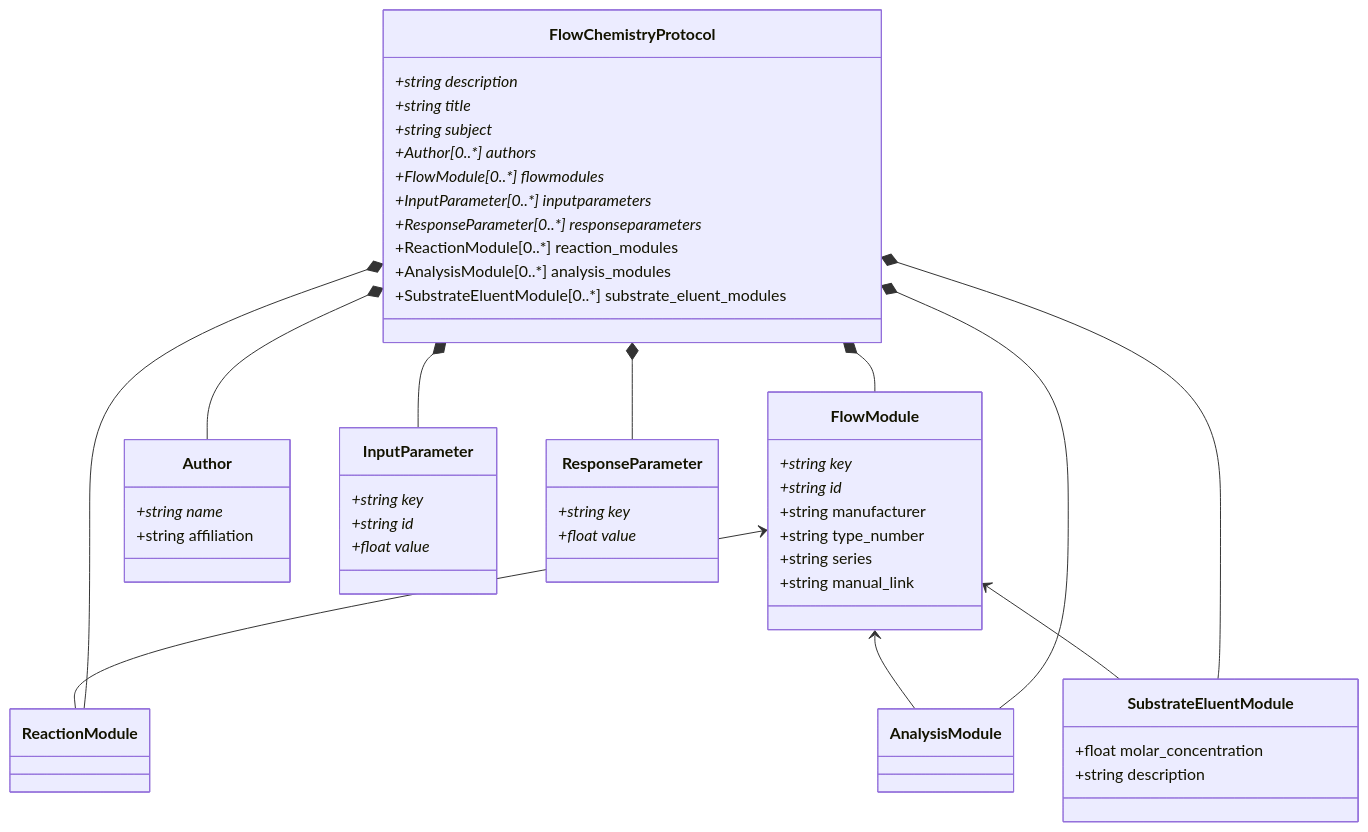
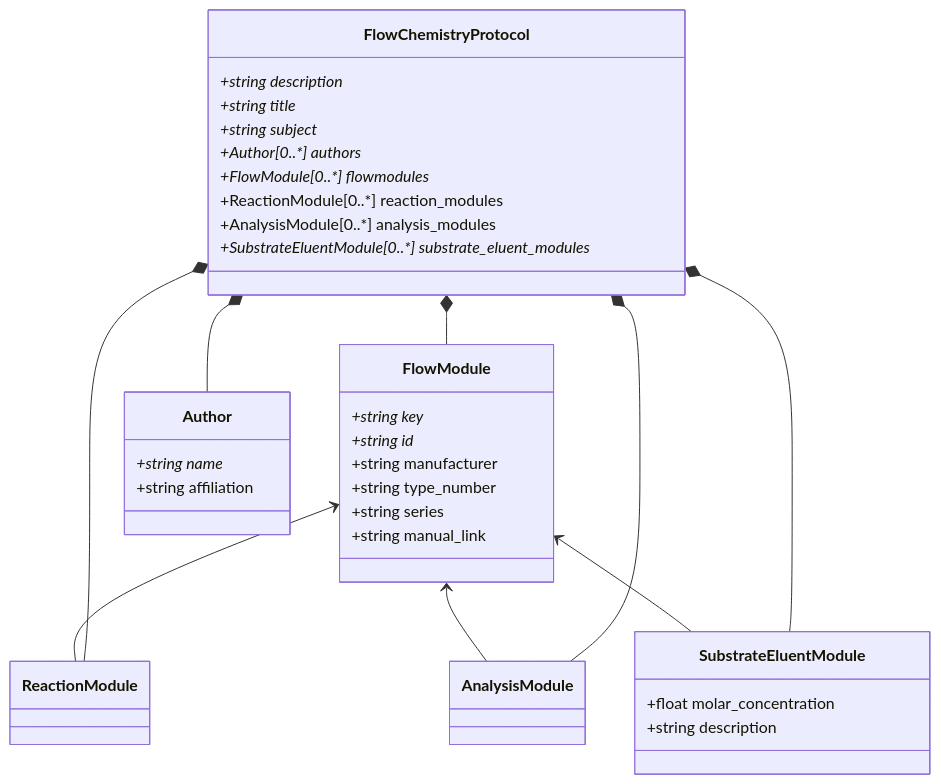
One commit to C-Kessler/sdrdm-flowchem-B2 changed the diagram in pyDataset/schemes/Dataset.md. Above: the diagram before and after it, drawn with Mermaid. The commit also changed 3 other files, not shown here.

````diff
--- a/pyDataset/schemes/Dataset.md
+++ b/pyDataset/schemes/Dataset.md
@@ -1,63 +1,48 @@
 ```mermaid
 classDiagram
     FlowModule <-- ReactionModule
     FlowModule <-- AnalysisModule
     FlowModule <-- SubstrateEluentModule
     FlowChemistryProtocol *-- Author
     FlowChemistryProtocol *-- FlowModule
-    FlowChemistryProtocol *-- InputParameter
-    FlowChemistryProtocol *-- ResponseParameter
     FlowChemistryProtocol *-- ReactionModule
     FlowChemistryProtocol *-- AnalysisModule
     FlowChemistryProtocol *-- SubstrateEluentModule
     
     class FlowChemistryProtocol {
         +string description*
         +string title*
         +string subject*
         +Author[0..*] authors*
         +FlowModule[0..*] flowmodules*
-        +InputParameter[0..*] inputparameters*
-        +ResponseParameter[0..*] responseparameters*
         +ReactionModule[0..*] reaction_modules
         +AnalysisModule[0..*] analysis_modules
-        +SubstrateEluentModule[0..*] substrate_eluent_modules
+        +SubstrateEluentModule[0..*] substrate_eluent_modules*
     }
     
     class Author {
         +string name*
         +string affiliation
     }
     
     class FlowModule {
         +string key*
         +string id*
         +string manufacturer
         +string type_number
         +string series
         +string manual_link
     }
     
     class ReactionModule {
     }
     
     class AnalysisModule {
     }
     
     class SubstrateEluentModule {
         +float molar_concentration
         +string description
     }
     
-    class InputParameter {
-        +string key*
-        +string id*
-        +float value*
-    }
-    
-    class ResponseParameter {
-        +string key*
-        +float value*
-    }
-    
 ```
````
